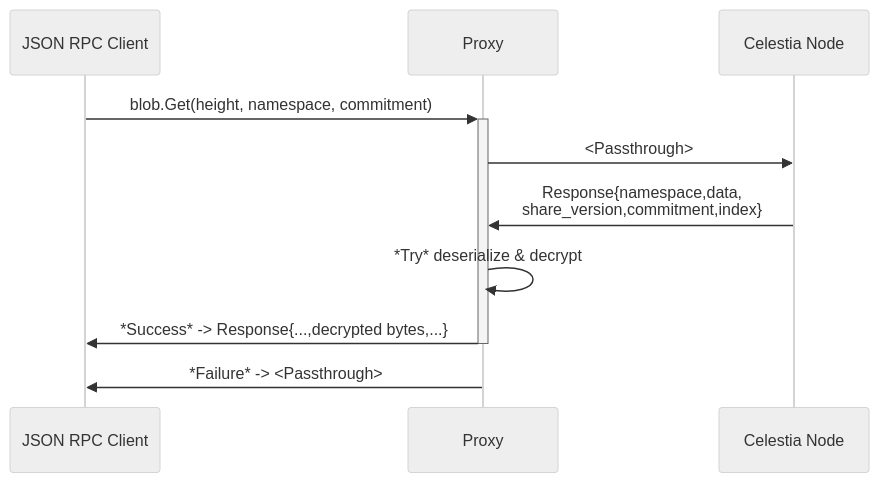
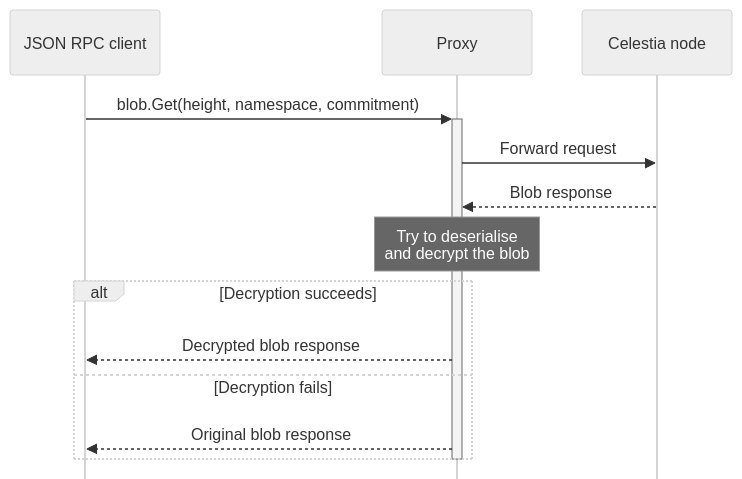
The second of 2 diagrams in app/build/private-blockspace/about/page.mdx (celestiaorg/docs), drawn with Mermaid (neutral theme) before and after one commit. The commit also changed other lines of this file and 3 other files, not shown here.

Commit message:
docs: improve Mermaid diagram layout and readability

````diff
--- a/app/build/private-blockspace/about/page.mdx
+++ b/app/build/private-blockspace/about/page.mdx
@@ -54,13 +62,24 @@
 ```mermaid
+---
+config:
+  sequence:
+    mirrorActors: false
+    actorMargin: 50
+    messageMargin: 30
+---
 sequenceDiagram
-    participant JSON RPC Client
+    participant Client as JSON RPC client
     participant Proxy
-    participant Celestia Node
+    participant Node as Celestia node
 
-    JSON RPC Client->>+Proxy: blob.Get(height, namespace, commitment)
-    Proxy->>Celestia Node: <Passthrough>
-    Celestia Node->>Proxy: Response{namespace,data,<br>share_version,commitment,index}
-    Proxy->>Proxy: *Try* deserialize & decrypt
-    Proxy->>-JSON RPC Client: *Success* -> Response{...,decrypted bytes,...}
-    Proxy->>JSON RPC Client: *Failure* -> <Passthrough>
+    Client->>+Proxy: blob.Get(height, namespace, commitment)
+    Proxy->>Node: Forward request
+    Node-->>Proxy: Blob response
+    Note over Proxy: Try to deserialise<br/>and decrypt the blob
+    alt Decryption succeeds
+        Proxy-->>Client: Decrypted blob response
+    else Decryption fails
+        Proxy-->>Client: Original blob response
+    end
+    deactivate Proxy
 ```
````
